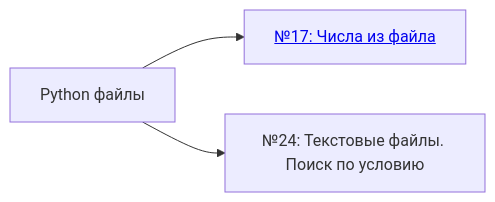
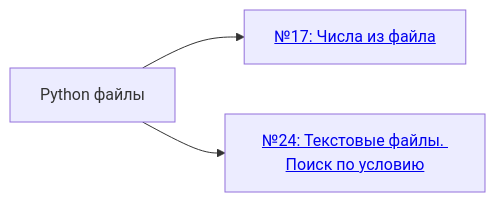
One commit to mueqee/spbpu-inf-course changed the fourth of 6 diagrams in README.md. Above: the diagram before and after it, drawn with Mermaid.

````diff
--- a/README.md
+++ b/README.md
@@ -132,8 +132,9 @@
 ```mermaid
 flowchart LR
   T4["Python файлы"]
   T4 --> T4a["<a href='https://github.com/mueqee/spbpu-inf-course/tree/2026/%D0%97%D0%B0%D0%B4%D0%B0%D0%BD%D0%B8%D0%B5_17_%D0%A7%D0%B8%D1%81%D0%BB%D0%B0_%D0%B8%D0%B7_%D1%84%D0%B0%D0%B9%D0%BB%D0%B0'>№17: Числа из файла</a>"]
-  T4 --> T4b["№24: Текстовые файлы. Поиск по условию"]
+  T4 --> T4b["<a href='https://github.com/mueqee/spbpu-inf-course/tree/2026/%D0%97%D0%B0%D0%B4%D0%B0%D0%BD%D0%B8%D0%B5_24_%D0%A2%D0%B5%D0%BA%D1%81%D1%82%D0%BE%D0%B2%D1%8B%D0%B5_%D1%84%D0%B0%D0%B9%D0%BB%D1%8B'>№24: Текстовые файлы. Поиск по условию</a>"]
 
   click T4a "https://github.com/mueqee/spbpu-inf-course/tree/2026/%D0%97%D0%B0%D0%B4%D0%B0%D0%BD%D0%B8%D0%B5_17_%D0%A7%D0%B8%D1%81%D0%BB%D0%B0_%D0%B8%D0%B7_%D1%84%D0%B0%D0%B9%D0%BB%D0%B0"
+  click T4b "https://github.com/mueqee/spbpu-inf-course/tree/2026/%D0%97%D0%B0%D0%B4%D0%B0%D0%BD%D0%B8%D0%B5_24_%D0%A2%D0%B5%D0%BA%D1%81%D1%82%D0%BE%D0%B2%D1%8B%D0%B5_%D1%84%D0%B0%D0%B9%D0%BB%D1%8B"
 ```
````
